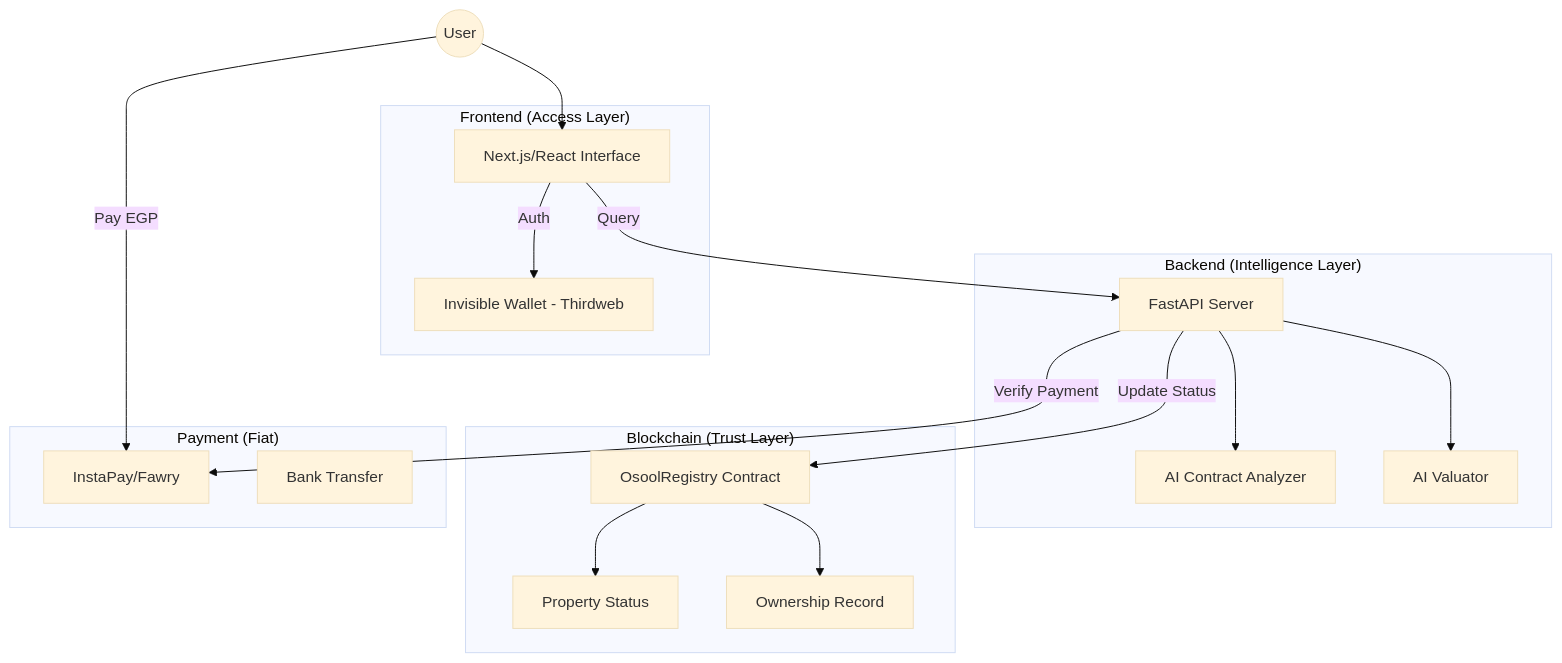
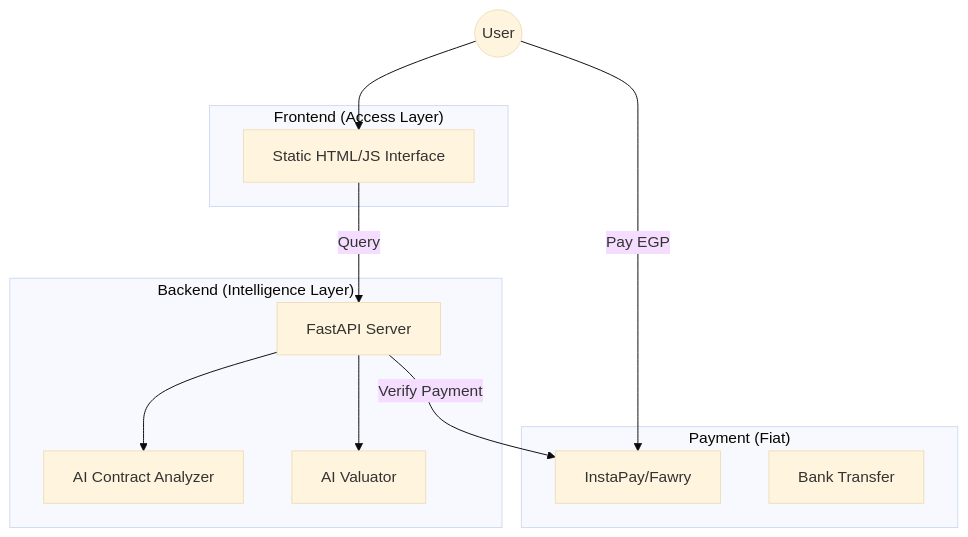
Before and after one commit to Mustafa6066/Osool: the diagram in README.md, drawn with Mermaid (base theme). The commit also changed other lines of this file and 45 other files, not shown here.

````diff
--- a/README.md
+++ b/README.md
@@ -11,37 +11,26 @@
 ```mermaid
 graph TD
     User((User))
     
     subgraph "Frontend (Access Layer)"
-        UI[Next.js/React Interface]
-        Wallet[Invisible Wallet - Thirdweb]
+        UI[Static HTML/JS Interface]
     end
 
     subgraph "Backend (Intelligence Layer)"
         API[FastAPI Server]
         LegalAI[AI Contract Analyzer]
         PriceAI[AI Valuator]
     end
 
-    subgraph "Blockchain (Trust Layer)"
-        SC[OsoolRegistry Contract]
-        Status[Property Status]
-        Owner[Ownership Record]
-    end
-
     subgraph "Payment (Fiat)"
         InstaPay[InstaPay/Fawry]
         Bank[Bank Transfer]
     end
 
     User --> UI
-    UI -->|Auth| Wallet
     UI -->|Query| API
     API --> LegalAI
     API --> PriceAI
     User -->|Pay EGP| InstaPay
     API -->|Verify Payment| InstaPay
-    API -->|Update Status| SC
-    SC --> Status
-    SC --> Owner
 ```
````
